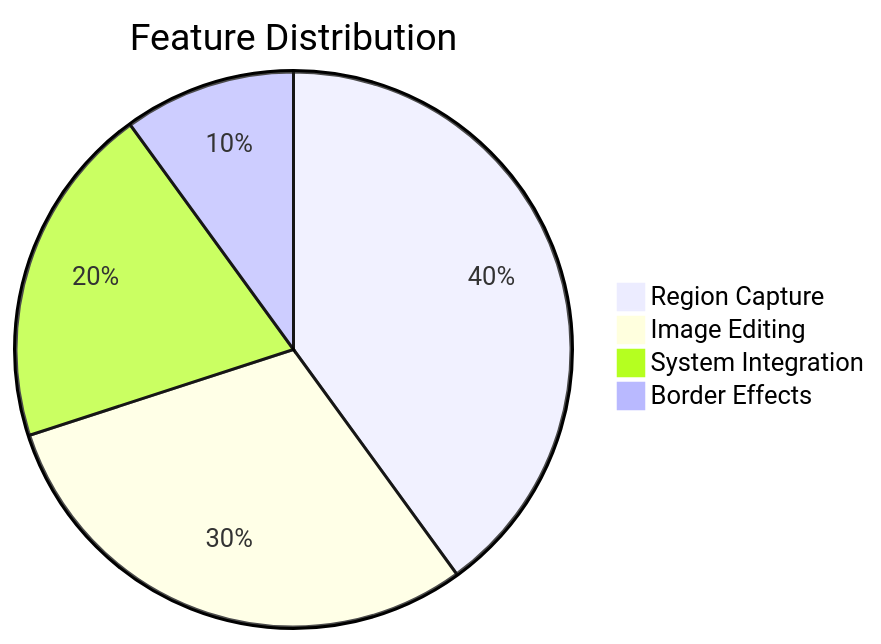
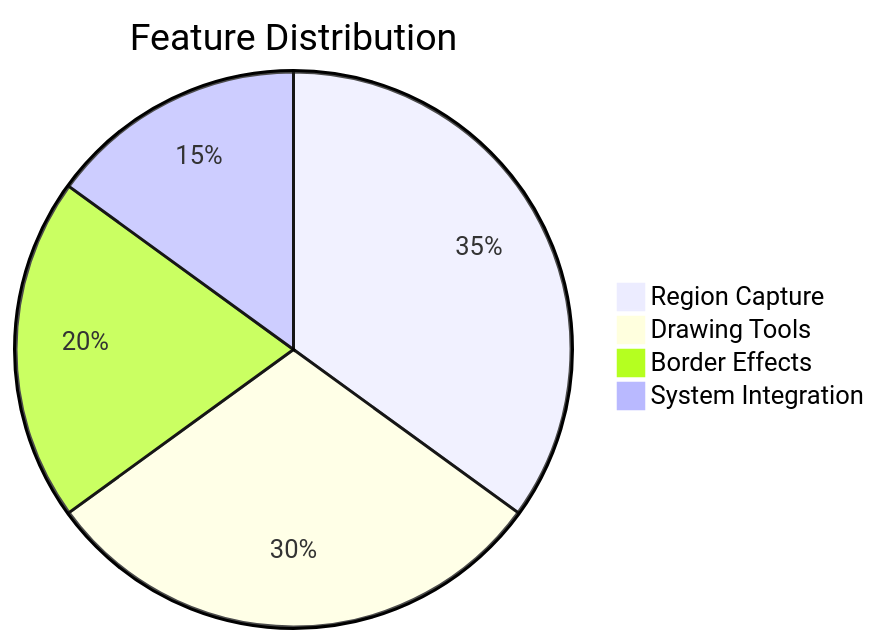
One commit to FeynmanXie/FastScreeny changed the first of 3 diagrams in README.md. Above: the diagram before and after it, drawn with Mermaid. The commit also changed other lines of this file and 39 other files, not shown here.

````diff
--- a/README.md
+++ b/README.md
@@ -7,8 +7,8 @@
 ```mermaid
 pie
     title Feature Distribution
-    "Region Capture" : 40
-    "Image Editing" : 30
-    "System Integration" : 20
-    "Border Effects" : 10
+    "Region Capture" : 35
+    "Drawing Tools" : 30
+    "Border Effects" : 20
+    "System Integration" : 15
 ```
````
